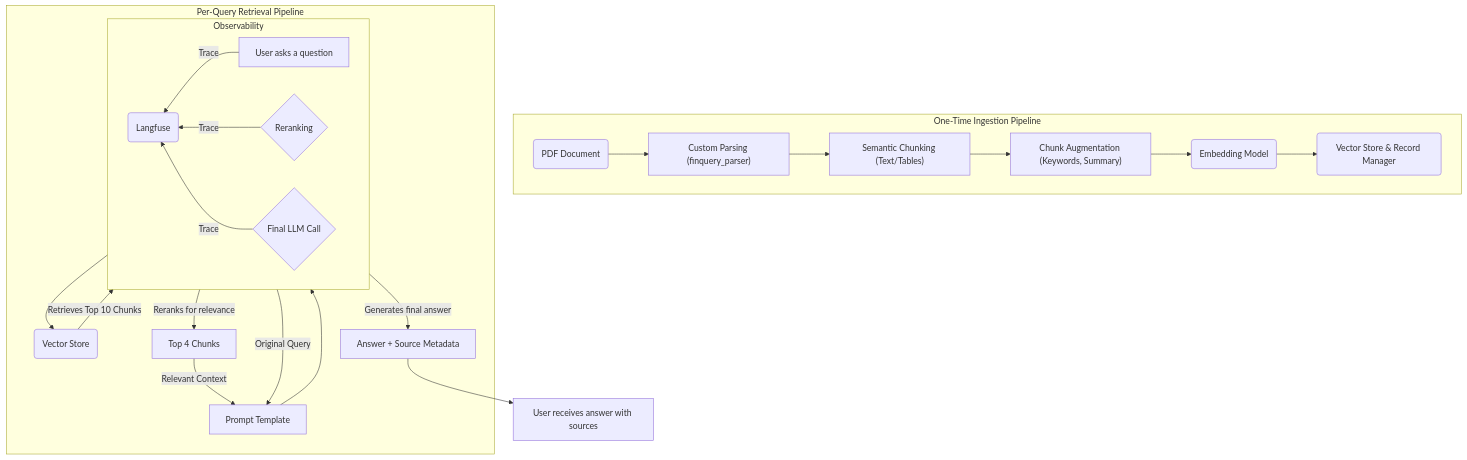
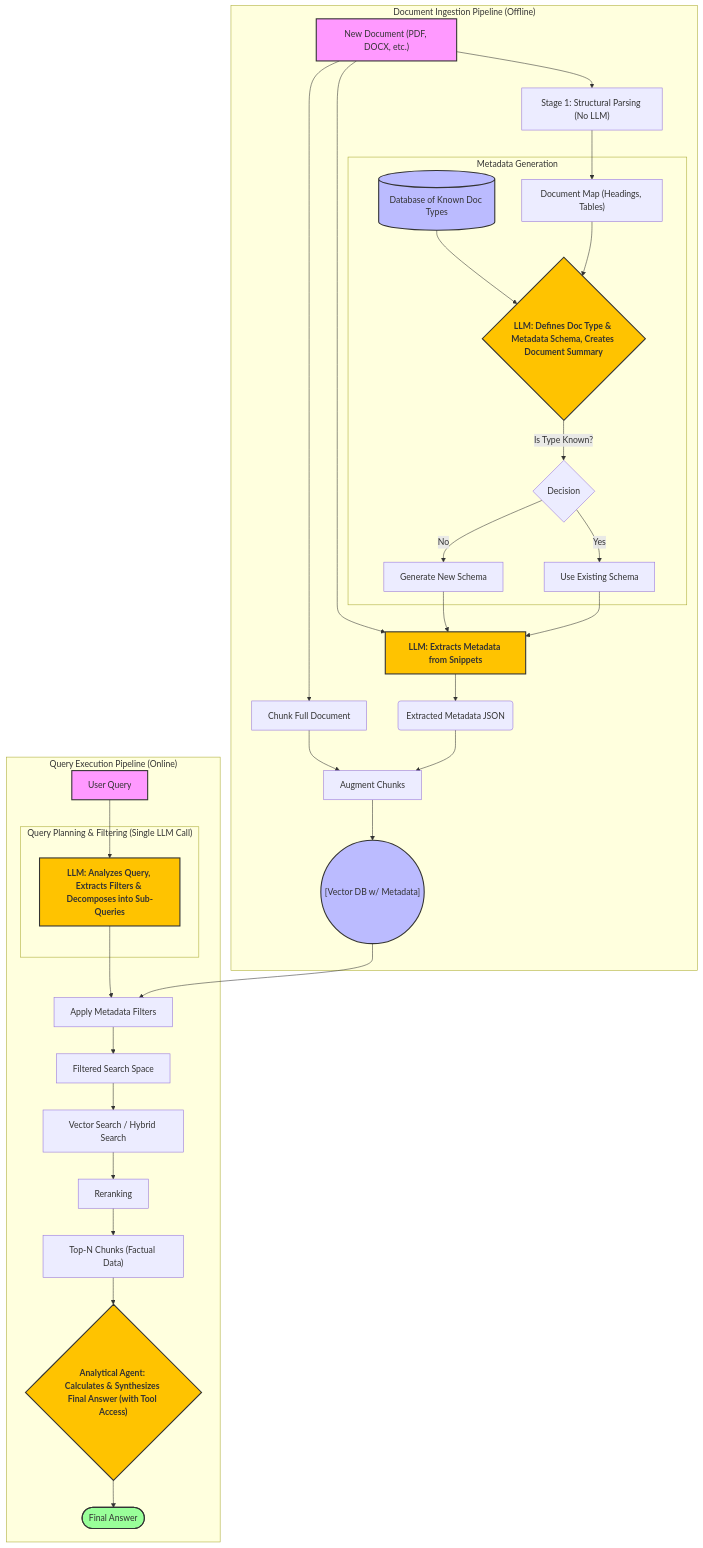
The third of 3 diagrams in README.md (ltmerletti/FinQuery2), drawn with Mermaid before and after one commit. The commit also changed other lines of this file and 6 other files, not shown here.

Commit message:
feat: updated documentation and added clear flowchart for finalization of RAG system

````diff
--- a/README.md
+++ b/README.md
@@ -114,34 +235,68 @@
 ```mermaid
 flowchart TD
-    %% --- Ingestion Pipeline ---
-    subgraph "One-Time Ingestion Pipeline"
-        direction LR
-        IngestStart(PDF Document) --> Parse["Custom Parsing (finquery_parser)"]
-        Parse --> Chunk["Semantic Chunking (Text/Tables)"]
-        Chunk --> Augment["Chunk Augmentation (Keywords, Summary)"]
-        Augment --> Embed("Embedding Model")
-        Embed --> Store(Vector Store & Record Manager)
-    end
+ subgraph subGraph0["Metadata Generation"]
+        D{"LLM: Defines Doc Type &amp; Metadata Schema, Creates Document Summary"}
+        D_DB[("Database of Known Doc Types")]
+        C["Document Map (Headings, Tables)"]
+        E{"Decision"}
+        F["Generate New Schema"]
+        G["Use Existing Schema"]
+  end
+ subgraph subGraph1["Document Ingestion Pipeline (Offline)"]
+        B["Stage 1: Structural Parsing (No LLM)"]
+        A["New Document (PDF, DOCX, etc.)"]
+        subGraph0
+        H["LLM: Extracts Metadata from Snippets"]
+        I("Extracted Metadata JSON")
+        J["Chunk Full Document"]
+        K["Augment Chunks"]
+        L(("[Vector DB w/ Metadata]"))
+  end
+ subgraph subGraph2["Query Planning & Filtering (Single LLM Call)"]
+        N["LLM: Analyzes Query, Extracts Filters & Decomposes into Sub-Queries"]
+  end
+ subgraph subGraph3["Query Execution Pipeline (Online)"]
+        M["User Query"]
+        subGraph2
+        Q["Apply Metadata Filters"]
+        R["Filtered Search Space"]
+        S["Vector Search / Hybrid Search"]
+        T["Reranking"]
+        U["Top-N Chunks (Factual Data)"]
+        V{"Analytical Agent: Calculates & Synthesizes Final Answer (with Tool Access)"}
+        W(["Final Answer"])
+  end
+    A --> B & H & J
+    B --> C
+    D_DB --> D
+    C --> D
+    D -- Is Type Known? --> E
+    E -- No --> F
+    E -- Yes --> G
+    F --> H
+    G --> H
+    H --> I
+    J --> K
+    I --> K
+    K --> L
+    M --> N
+    N --> Q
+    L --> Q
+    Q --> R
+    R --> S
+    S --> T
+    T --> U
+    U --> V
+    V --> W
 
-    %% --- Query & Observability Pipeline ---
-    subgraph "Per-Query Retrieval Pipeline"
-        A[User asks a question] --> D(Vector Store)
-        D -- "Retrieves Top 10 Chunks" --> E{Reranking}
-        E -- "Reranks for relevance" --> F[Top 4 Chunks]
-        F -- "Relevant Context" --> G[Prompt Template]
-        A -- "Original Query" --> G
-        G --> H{Final LLM Call}
-        H -- "Generates final answer" --> I[Answer + Source Metadata]
-        
-        subgraph "Observability"
-            direction RL
-            L(Langfuse)
-            A -- "Trace" --> L
-            E -- "Trace" --> L
-            H -- "Trace" --> L
-        end
-    end
-
-    %% --- Final Output ---
-    I --> J[User receives answer with sources]
+     D:::llmCall
+     H:::llmCall
+     N:::llmCall
+     V:::llmCall
+    classDef llmCall fill:#ffc300,stroke:#333,stroke-width:2px,font-weight:bold
+    style A fill:#f9f,stroke:#333,stroke-width:2px
+    style D_DB fill:#bbf,stroke:#333,stroke-width:2px
+    style L fill:#bbf,stroke:#333,stroke-width:2px
+    style M fill:#f9f,stroke:#333,stroke-width:2px
+    style W fill:#9f9,stroke:#333,stroke-width:2px
 ```
````
